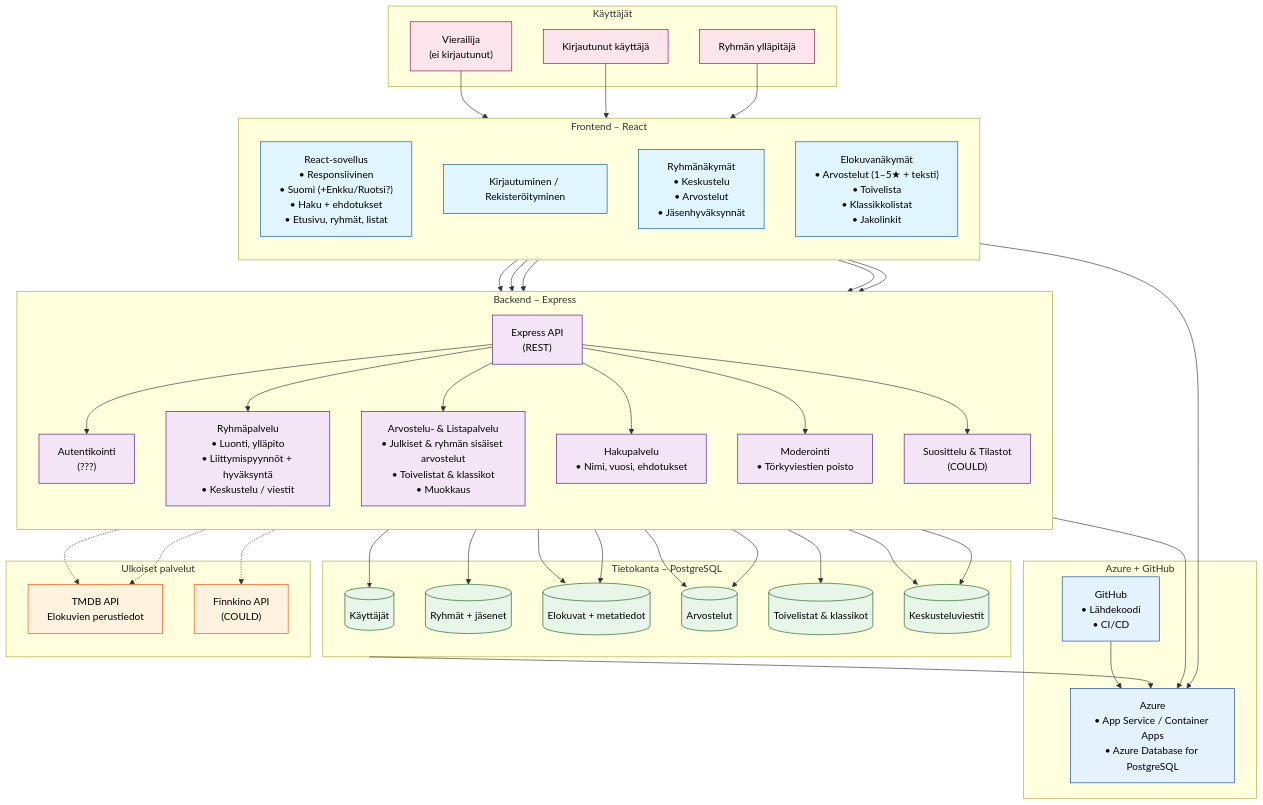
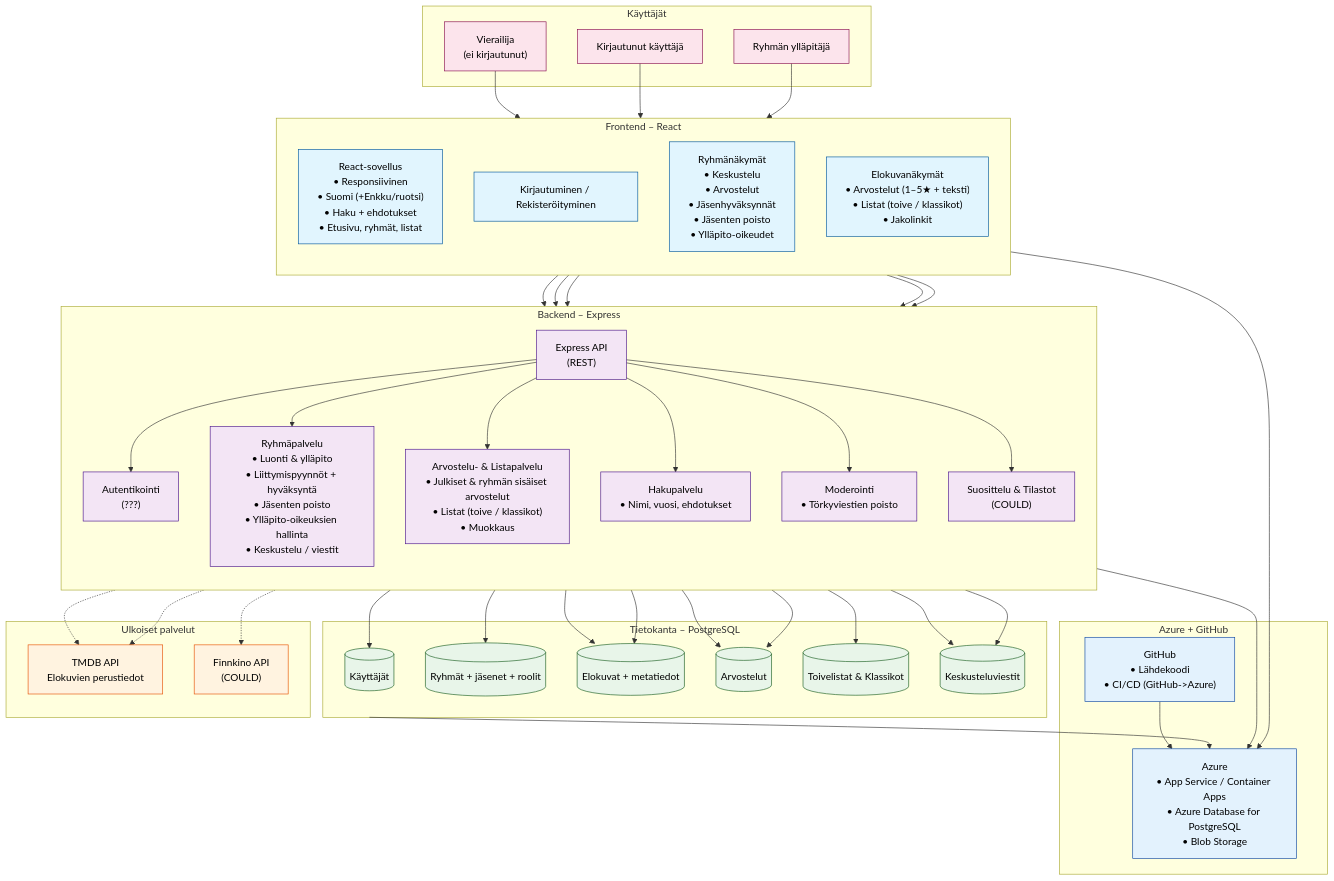
The first of 2 diagrams in docs/tekninenmäärittely.md (qSakru/web-project), drawn with Mermaid before and after one commit.

Commit message:
Arkkitehtuurikaavio päivitetty vastaamaan uutta vaatimusmäärittelyä

```diff
--- a/docs/tekninenmäärittely.md
+++ b/docs/tekninenmäärittely.md
@@ -50,10 +50,10 @@
     %% Frontend
     subgraph Frontend["Frontend – React"]
         direction TB
-        UI["React-sovellus<br/>• Responsiivinen<br/>• Suomi (+Enkku/Ruotsi?)<br/>• Haku + ehdotukset<br/>• Etusivu, ryhmät, listat"]
+        UI["React-sovellus<br/>• Responsiivinen<br/>• Suomi (+Enkku/ruotsi)<br/>• Haku + ehdotukset<br/>• Etusivu, ryhmät, listat"]
         AuthUI["Kirjautuminen / Rekisteröityminen"]
-        GroupUI["Ryhmänäkymät<br/>• Keskustelu<br/>• Arvostelut<br/>• Jäsenhyväksynnät"]
-        MovieUI["Elokuvanäkymät<br/>• Arvostelut (1–5★ + teksti)<br/>• Toivelista<br/>• Klassikkolistat<br/>• Jakolinkit"]
+        GroupUI["Ryhmänäkymät<br/>• Keskustelu<br/>• Arvostelut<br/>• Jäsenhyväksynnät<br/>• Jäsenten poisto<br/>• Ylläpito-oikeudet"]
+        MovieUI["Elokuvanäkymät<br/>• Arvostelut (1–5★ + teksti)<br/>• Listat (toive / klassikot)<br/>• Jakolinkit"]
     end
 
     %% Backend
@@ -61,8 +61,8 @@
         direction TB
         API["Express API<br/>(REST)"]
         Auth["Autentikointi<br/>(???)"]
-        GroupService["Ryhmäpalvelu<br/>• Luonti, ylläpito<br/>• Liittymispyynnöt + hyväksyntä<br/>• Keskustelu / viestit"]
-        ReviewService["Arvostelu- & Listapalvelu<br/>• Julkiset & ryhmän sisäiset arvostelut<br/>• Toivelistat & klassikot<br/>• Muokkaus"]
+        GroupService["Ryhmäpalvelu<br/>• Luonti & ylläpito<br/>• Liittymispyynnöt + hyväksyntä<br/>• Jäsenten poisto<br/>• Ylläpito-oikeuksien hallinta<br/>• Keskustelu / viestit"]
+        ReviewService["Arvostelu- & Listapalvelu<br/>• Julkiset & ryhmän sisäiset arvostelut<br/>• Listat (toive / klassikot)<br/>• Muokkaus"]
         SearchService["Hakupalvelu<br/>• Nimi, vuosi, ehdotukset"]
         Moderation["Moderointi<br/>• Törkyviestien poisto"]
         Recommend["Suosittelu & Tilastot<br/>(COULD)"]
@@ -71,17 +71,17 @@
     %% Tietokanta
     subgraph Database["Tietokanta – PostgreSQL"]
         UsersDB[(Käyttäjät)]
-        GroupsDB[(Ryhmät + jäsenet)]
+        GroupsDB[(Ryhmät + jäsenet + roolit)]
         MoviesDB[(Elokuvat + metatiedot)]
         ReviewsDB[(Arvostelut)]
-        ListsDB[(Toivelistat & klassikot)]
+        ListsDB[(Toivelistat & Klassikot)]
         MessagesDB[(Keskusteluviestit)]
     end
 
     %% Azure & GitHub
     subgraph Cloud["Azure + GitHub"]
-        Azure["Azure<br/>• App Service / Container Apps<br/>• Azure Database for PostgreSQL<br/>"]
-        GitHub["GitHub<br/>• Lähdekoodi<br/>• CI/CD"]
+        Azure["Azure<br/>• App Service / Container Apps<br/>• Azure Database for PostgreSQL<br/>• Blob Storage"]
+        GitHub["GitHub<br/>• Lähdekoodi<br/>• CI/CD (GitHub->Azure)"]
     end
 
     %% Ulkoiset palvelut
```
